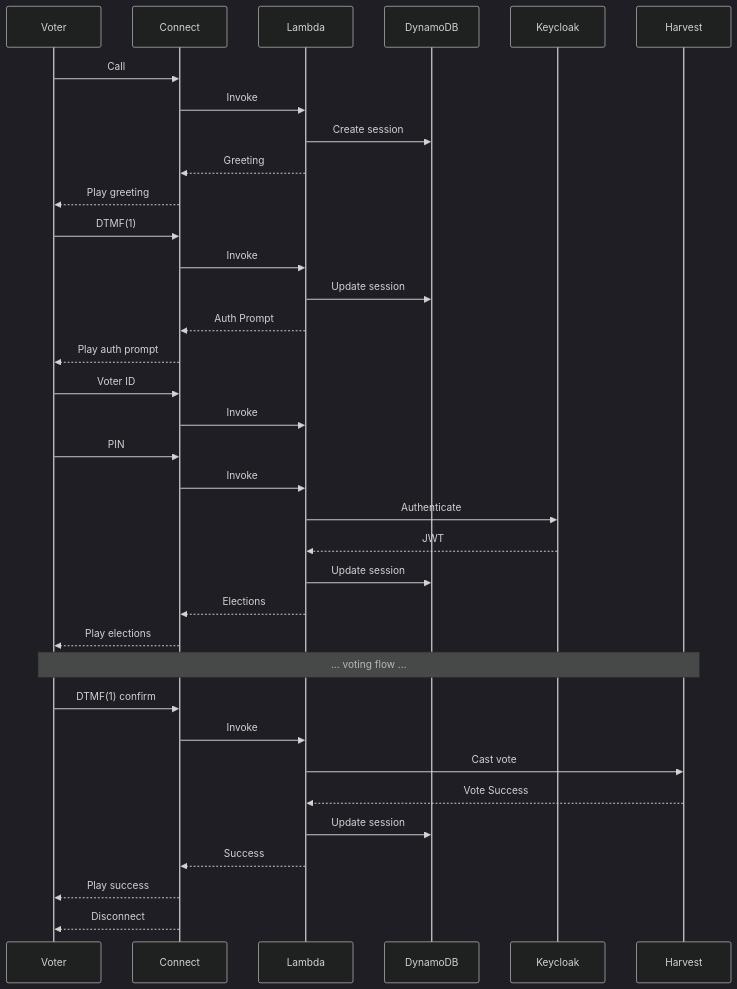
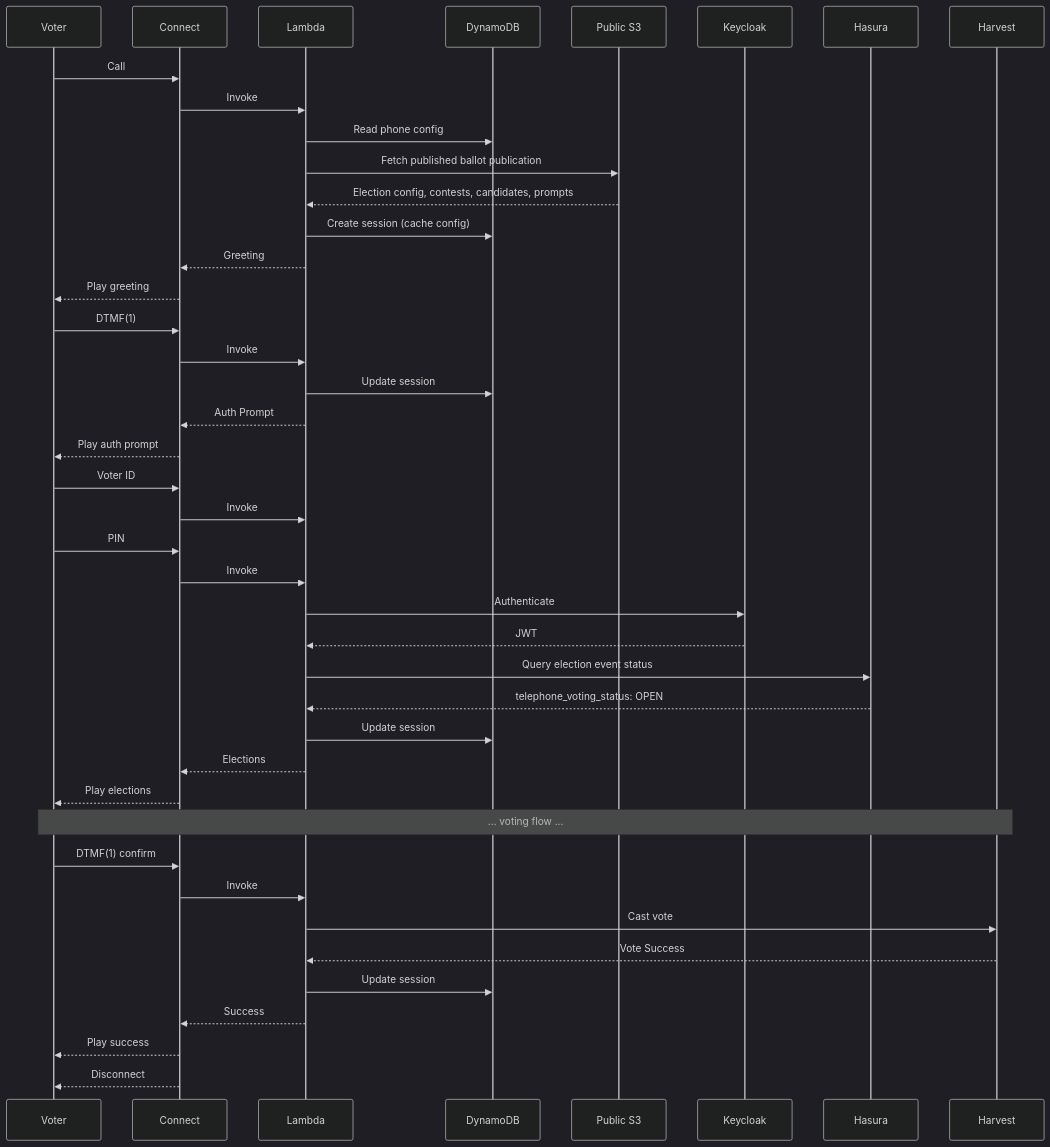
The ninth of 10 diagrams in docs/docusaurus/docs/07-developers/12-ivr/ivr-system-design.md (sequentech/step), drawn with Mermaid (dark theme) before and after one commit. The commit also changed other lines of this file and 1 other file, not shown here.

````diff
--- a/docs/docusaurus/docs/07-developers/12-ivr/ivr-system-design.md
+++ b/docs/docusaurus/docs/07-developers/12-ivr/ivr-system-design.md
@@ -1662,42 +1688,49 @@
 ```mermaid
 sequenceDiagram
     participant Voter
     participant Connect
     participant Lambda
     participant DynamoDB
+    participant S3 as Public S3
     participant Keycloak
+    participant Hasura
     participant Harvest
 
     Voter->>Connect: Call
     Connect->>Lambda: Invoke
-    Lambda->>DynamoDB: Create session
+    Lambda->>DynamoDB: Read phone config
+    Lambda->>S3: Fetch published ballot publication
+    S3-->>Lambda: Election config, contests, candidates, prompts
+    Lambda->>DynamoDB: Create session (cache config)
     Lambda-->>Connect: Greeting
     Connect-->>Voter: Play greeting
 
     Voter->>Connect: DTMF(1)
     Connect->>Lambda: Invoke
     Lambda->>DynamoDB: Update session
     Lambda-->>Connect: Auth Prompt
     Connect-->>Voter: Play auth prompt
 
     Voter->>Connect: Voter ID
     Connect->>Lambda: Invoke
     Voter->>Connect: PIN
     Connect->>Lambda: Invoke
     Lambda->>Keycloak: Authenticate
     Keycloak-->>Lambda: JWT
+    Lambda->>Hasura: Query election event status
+    Hasura-->>Lambda: telephone_voting_status: OPEN
     Lambda->>DynamoDB: Update session
     Lambda-->>Connect: Elections
     Connect-->>Voter: Play elections
 
     Note over Voter, Harvest: ... voting flow ...
 
     Voter->>Connect: DTMF(1) confirm
     Connect->>Lambda: Invoke
     Lambda->>Harvest: Cast vote
     Harvest-->>Lambda: Vote Success
     Lambda->>DynamoDB: Update session
     Lambda-->>Connect: Success
     Connect-->>Voter: Play success
     Connect-->>Voter: Disconnect
 ```
````
